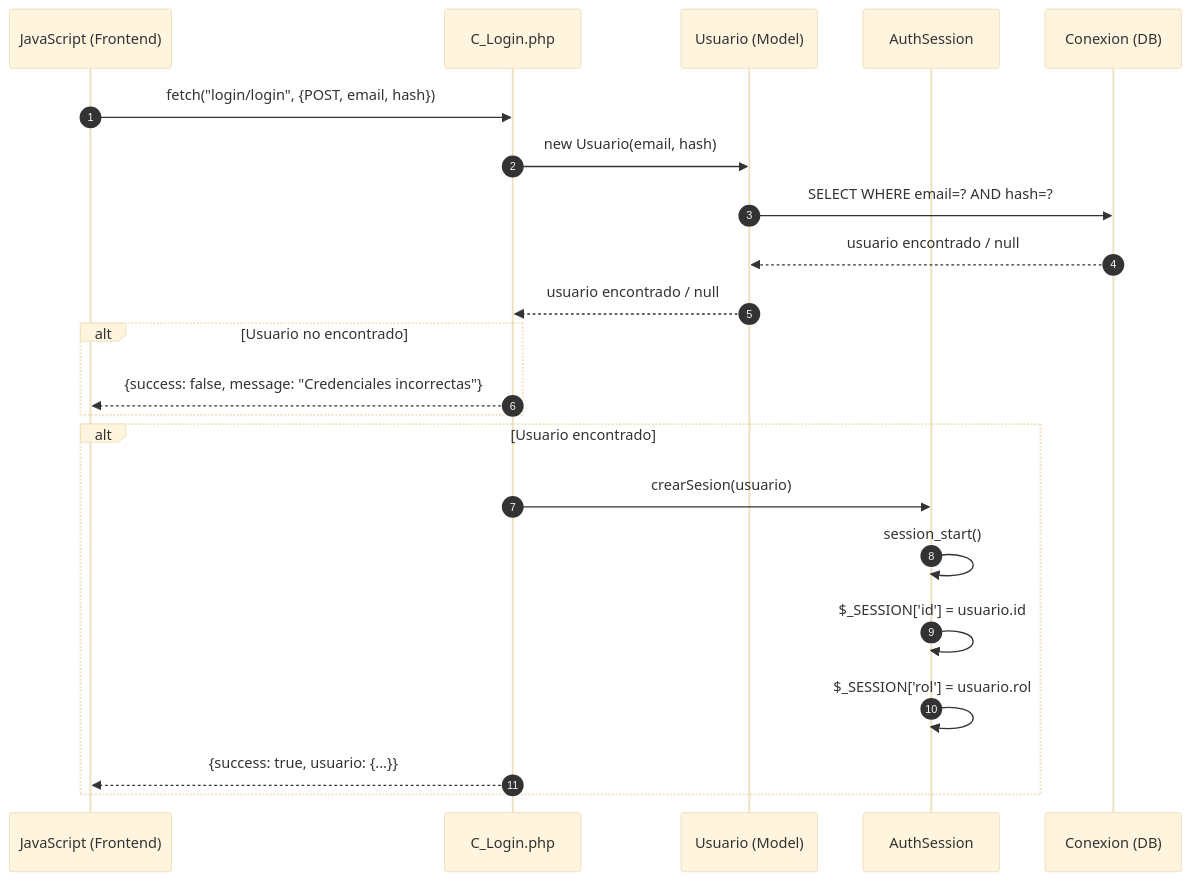
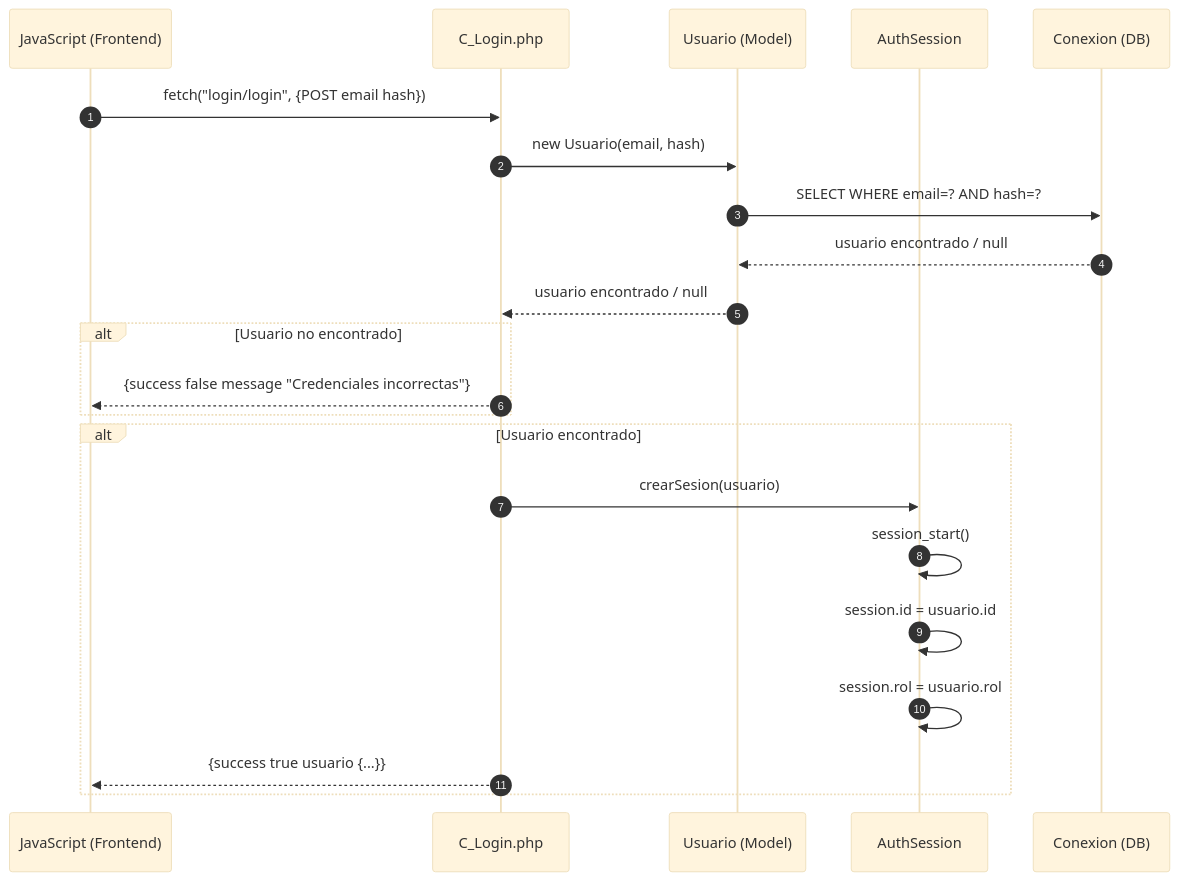
One commit to Tecrato/BurgerHouse changed the fifth of 6 diagrams in docs/secuencia/usuarios/usuarios.md. Above: the diagram before and after it, drawn with Mermaid (base theme). The commit also changed other lines of this file and 13 other files, not shown here.

Commit message:
diagramas de secuencia

````diff
--- a/docs/secuencia/usuarios/usuarios.md
+++ b/docs/secuencia/usuarios/usuarios.md
@@ -110,29 +110,29 @@
 ```mermaid
 sequenceDiagram
     autonumber
     participant JS as JavaScript (Frontend)
     participant C_Login as C_Login.php
     participant Usuario as Usuario (Model)
     participant Auth as AuthSession
     participant DB as Conexion (DB)
     
-    JS->>C_Login: fetch("login/login", {POST, email, hash})
+    JS->>C_Login: fetch("login/login", {POST email hash})
     
     C_Login->>Usuario: new Usuario(email, hash)
     Usuario->>DB: SELECT WHERE email=? AND hash=?
     DB-->>Usuario: usuario encontrado / null
     Usuario-->>C_Login: usuario encontrado / null
 
     alt Usuario no encontrado
-        C_Login-->>JS: {success: false, message: "Credenciales incorrectas"}
+        C_Login-->>JS: {success false message "Credenciales incorrectas"}
     end
     
     alt Usuario encontrado
         C_Login->>Auth: crearSesion(usuario)
         Auth->>Auth: session_start()
-        Auth->>Auth: $_SESSION['id'] = usuario.id
-        Auth->>Auth: $_SESSION['rol'] = usuario.rol
+        Auth->>Auth: session.id = usuario.id
+        Auth->>Auth: session.rol = usuario.rol
         
-        C_Login-->>JS: {success: true, usuario: {...}}
+        C_Login-->>JS: {success true usuario {...}}
     end
 ```
````
